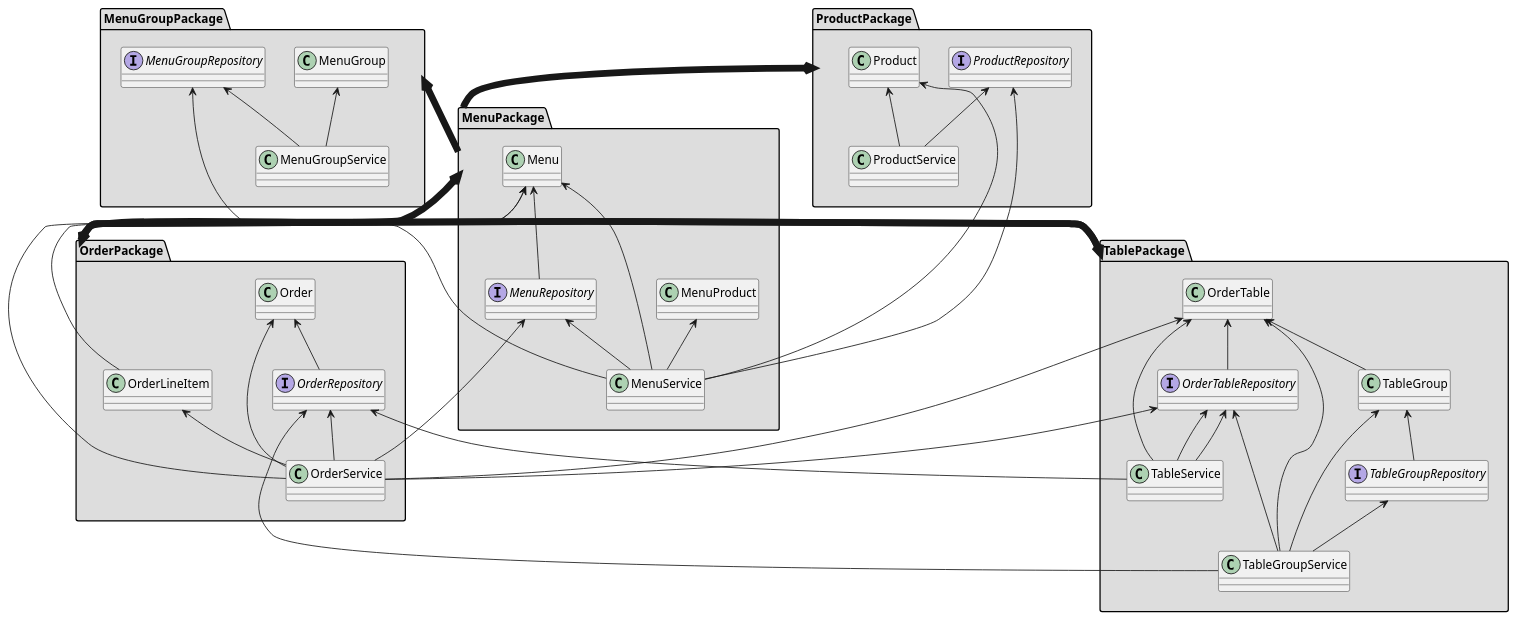
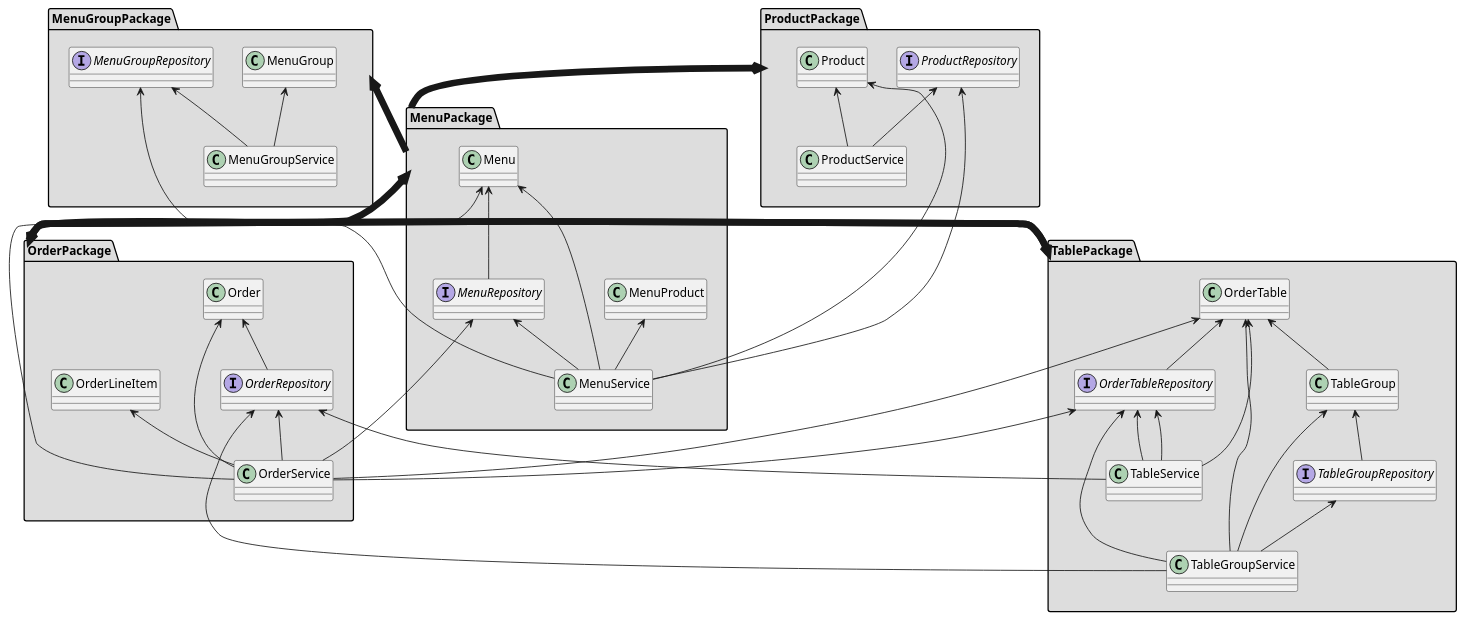
The diagram in markdown/uml.puml (next-step/jwp-refactoring), drawn with PlantUML before and after one commit. The commit also changed 5 other files, not shown here.

Commit message:
refactor: 의존성제거 Menu <-- OrderLineItem

```diff
--- a/markdown/uml.puml
+++ b/markdown/uml.puml
@@ -1,87 +1,87 @@
 @startuml
 package MenuPackage #DDDDDD {
   class MenuService
   class Menu
   class MenuProduct
   interface MenuRepository
 }
 package MenuGroupPackage #DDDDDD {
   class MenuGroupService
   class MenuGroup
   interface MenuGroupRepository
 }
 package OrderPackage #DDDDDD {
   class OrderService
   class Order
   class OrderLineItem
   interface OrderRepository
 }
 package ProductPackage #DDDDDD {
   class ProductService
   class Product
   interface ProductRepository
 }
 package TablePackage #DDDDDD {
   class TableService
   class TableGroupService
   class OrderTable
   class TableGroup
   interface OrderTableRepository
   interface TableGroupRepository
 }
 
   ProductPackage <-[thickness=8]- MenuPackage
   MenuGroupPackage <-[thickness=8]- MenuPackage
   MenuPackage <-[thickness=8]- OrderPackage
   TablePackage <-[thickness=8]- OrderPackage
   OrderPackage <-[thickness=8]- TablePackage
 
 
   Menu <-- MenuService
   'MenuGroup <-- MenuService
   MenuGroupRepository <-- MenuService
   MenuProduct <-- MenuService
   MenuRepository <-- MenuService
   Product <-- MenuService
   ProductRepository <-- MenuService
 
   'MenuGroup <-- Menu
 
   'Product <-- MenuProduct
 
   MenuGroup <-- MenuGroupService
   MenuGroupRepository <-- MenuGroupService
 '------------------------------------------------------
   'OrderTable <-- Order
 
-  Menu <-- OrderLineItem
+  'Menu <-- OrderLineItem
 
   Menu <-- OrderService
   MenuRepository <-- OrderService
   Order <-- OrderService
   OrderLineItem <-- OrderService
   OrderRepository <-- OrderService
   OrderTable <-- OrderService
   OrderTableRepository <-- OrderService
 
   Product <-- ProductService
   ProductRepository <-- ProductService
 
   OrderTable <-- TableGroup
 
   OrderRepository <-- TableGroupService
   OrderTable <-- TableGroupService
   OrderTableRepository <-- TableGroupService
   TableGroup <-- TableGroupService
   TableGroupRepository <-- TableGroupService
 
   OrderRepository <-- TableService
   OrderTable <-- TableService
   OrderTableRepository <-- TableService
 
   TableGroup <-- TableGroupRepository
   Order <-- OrderRepository
   Menu <-- MenuRepository
   OrderTableRepository <-- TableService
   OrderTable <-- OrderTableRepository
 @enduml
```
